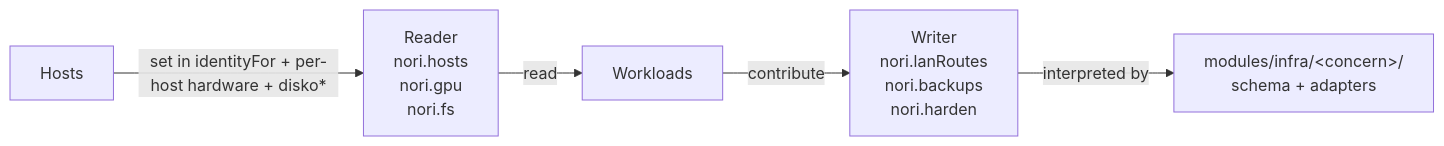
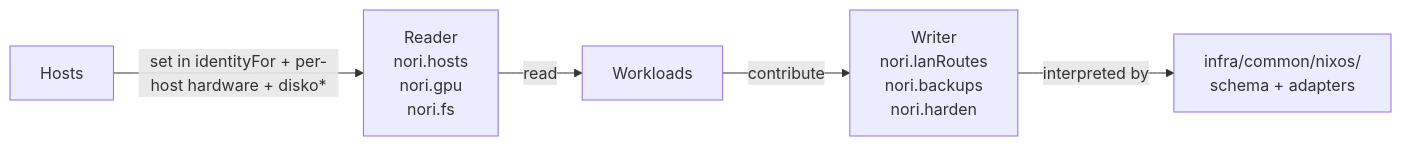
One commit to phibkro/homelab changed the diagram in docs/glossary.md. Above: the diagram before and after it, drawn with Mermaid. The commit also changed other lines of this file and 841 other files, not shown here.

````diff
--- a/docs/glossary.md
+++ b/docs/glossary.md
@@ -59,7 +59,7 @@
 ```mermaid
 flowchart LR
   Hosts -- "set in identityFor + per-host hardware + disko*" --> R["Reader<br/>nori.hosts<br/>nori.gpu<br/>nori.fs"]
   R -- read --> Workloads
   Workloads -- "contribute" --> W["Writer<br/>nori.lanRoutes<br/>nori.backups<br/>nori.harden"]
-  W -- "interpreted by" --> G["modules/infra/&lt;concern&gt;/<br/>schema + adapters"]
+  W -- "interpreted by" --> G["infra/common/nixos/<br/>schema + adapters"]
 ```
````
